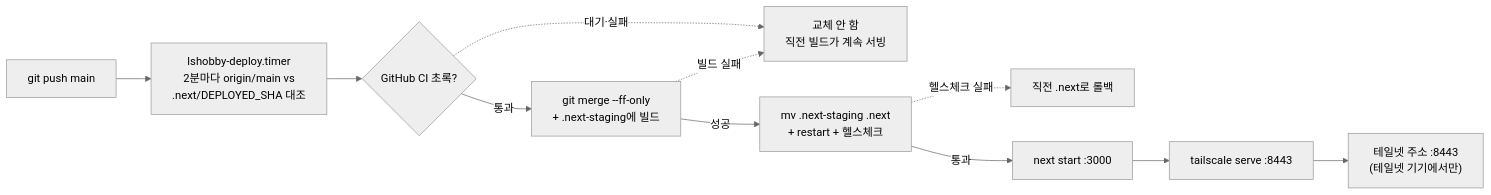
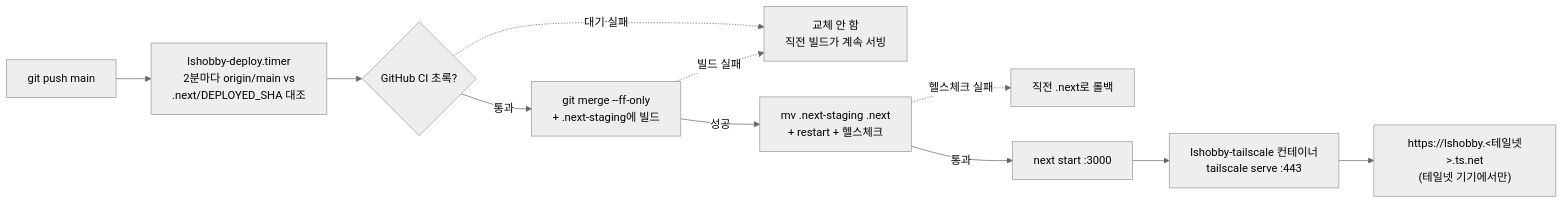
One commit to LeeSongHeon-LSH/LSHobby changed the third of 3 diagrams in docs/16-infra.md. Above: the diagram before and after it, drawn with Mermaid (neutral theme). The commit also changed other lines of this file and 4 other files, not shown here.

````diff
--- a/docs/16-infra.md
+++ b/docs/16-infra.md
@@ -104,13 +104,13 @@
 ```mermaid
 flowchart LR
     A[git push main] --> T["lshobby-deploy.timer<br/>2분마다 origin/main vs<br/>.next/DEPLOYED_SHA 대조"]
     T --> CI{"GitHub CI 초록?"}
     CI -. 대기·실패 .-> G["교체 안 함<br/>직전 빌드가 계속 서빙"]
     CI -- 통과 --> B["git merge --ff-only<br/>+ .next-staging에 빌드"]
     B -. 빌드 실패 .-> G
     B -- 성공 --> S["mv .next-staging .next<br/>+ restart + 헬스체크"]
     S -. 헬스체크 실패 .-> R["직전 .next로 롤백"]
     S -- 통과 --> D["next start :3000"]
-    D --> E["tailscale serve :8443"]
-    E --> F["테일넷 주소 :8443<br/>(테일넷 기기에서만)"]
+    D --> E["lshobby-tailscale 컨테이너<br/>tailscale serve :443"]
+    E --> F["https://lshobby.<테일넷>.ts.net<br/>(테일넷 기기에서만)"]
 ```
````
